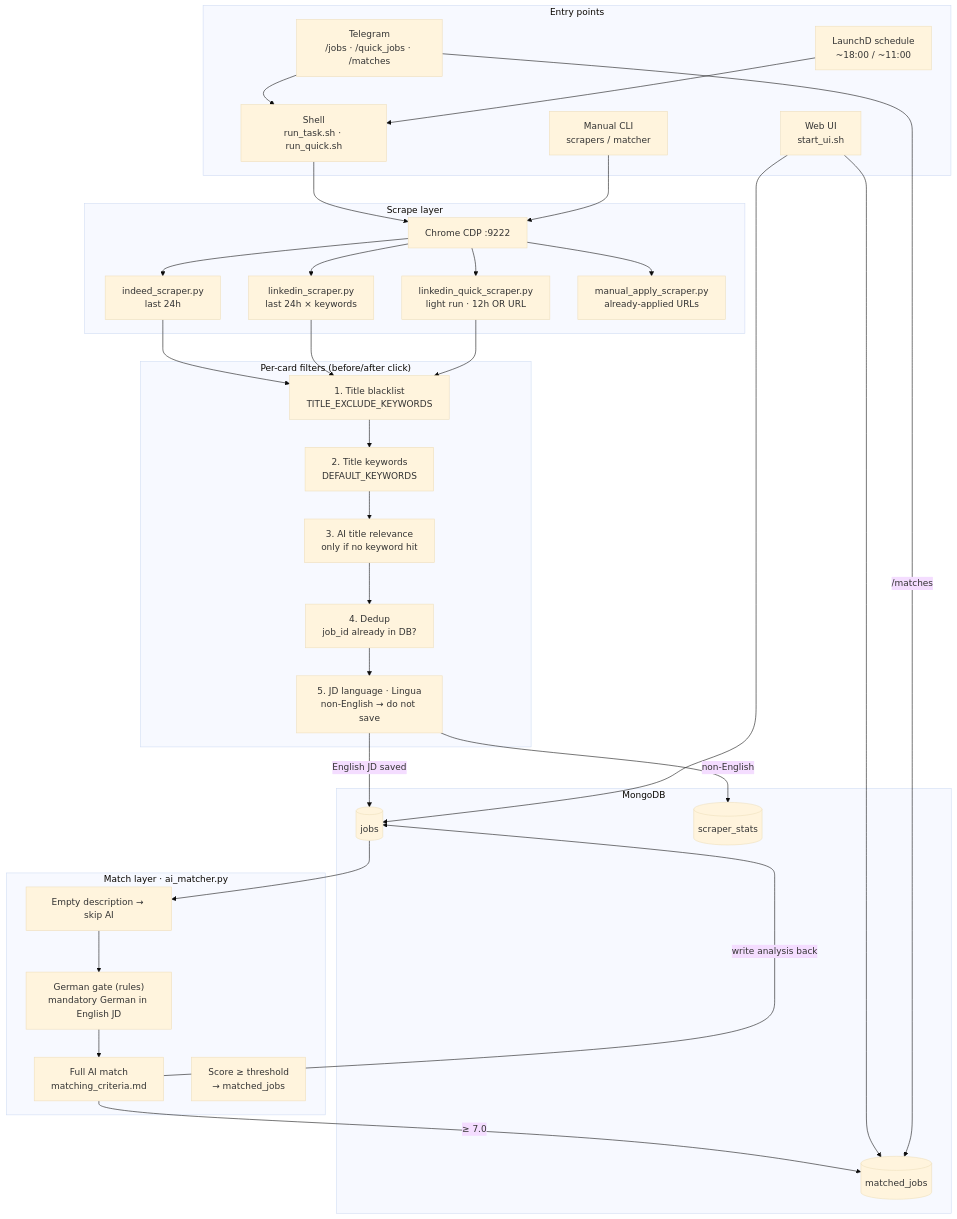
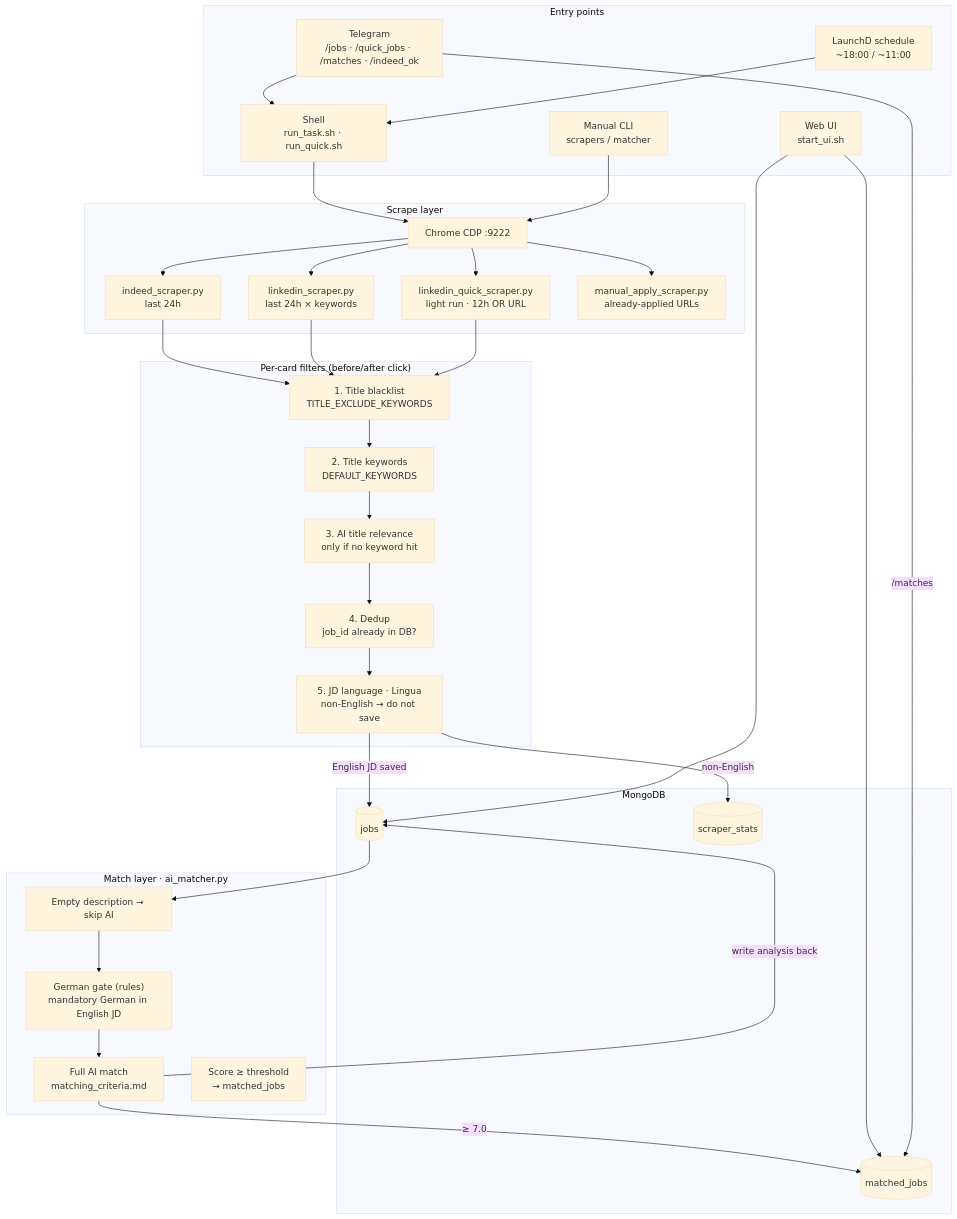
Before and after one commit to CarrieNong/job_scraper: the first of 5 diagrams in docs/architecture.md, drawn with Mermaid (base theme). The commit also changed other lines of this file and 6 other files, not shown here.

First line of the commit message:
feat: slow Indeed pacing and Telegram resume on human verification

````diff
--- a/docs/architecture.md
+++ b/docs/architecture.md
@@ -11,56 +11,56 @@
 ```mermaid
 flowchart TB
     subgraph Triggers["Entry points"]
-        T1["Telegram<br/>/jobs · /quick_jobs · /matches"]
+        T1["Telegram<br/>/jobs · /quick_jobs · /matches · /indeed_ok"]
         T2["Shell<br/>run_task.sh · run_quick.sh"]
         T3["LaunchD schedule<br/>~18:00 / ~11:00"]
         T4["Web UI<br/>start_ui.sh"]
         T5["Manual CLI<br/>scrapers / matcher"]
     end
 
     subgraph Scrape["Scrape layer"]
         Chrome["Chrome CDP :9222"]
         Indeed["indeed_scraper.py<br/>last 24h"]
         LI["linkedin_scraper.py<br/>last 24h × keywords"]
         LIQ["linkedin_quick_scraper.py<br/>light run · 12h OR URL"]
         Manual["manual_apply_scraper.py<br/>already-applied URLs"]
     end
 
     subgraph Filters["Per-card filters (before/after click)"]
         F1["1. Title blacklist<br/>TITLE_EXCLUDE_KEYWORDS"]
         F2["2. Title keywords<br/>DEFAULT_KEYWORDS"]
         F3["3. AI title relevance<br/>only if no keyword hit"]
         F4["4. Dedup<br/>job_id already in DB?"]
         F5["5. JD language · Lingua<br/>non-English → do not save"]
     end
 
     subgraph Store["MongoDB"]
         Jobs[("jobs")]
         Matched[("matched_jobs")]
         Stats[("scraper_stats")]
     end
 
     subgraph Match["Match layer · ai_matcher.py"]
         M0["Empty description → skip AI"]
         M1["German gate (rules)<br/>mandatory German in English JD"]
         M2["Full AI match<br/>matching_criteria.md"]
         M3["Score ≥ threshold<br/>→ matched_jobs"]
     end
 
     T1 --> T2
     T3 --> T2
     T2 --> Chrome
     T5 --> Chrome
     Chrome --> Indeed & LI & LIQ & Manual
 
     Indeed & LI & LIQ --> F1 --> F2 --> F3 --> F4 --> F5
     F5 -->|English JD saved| Jobs
     F5 -->|non-English| Stats
 
     Jobs --> M0 --> M1 --> M2
     M2 -->|≥ 7.0| Matched
     M2 -->|write analysis back| Jobs
 
     T4 --> Matched & Jobs
     T1 -->|/matches| Matched
 ```
````
